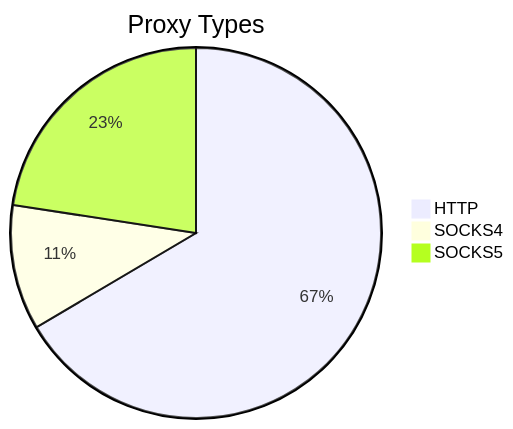
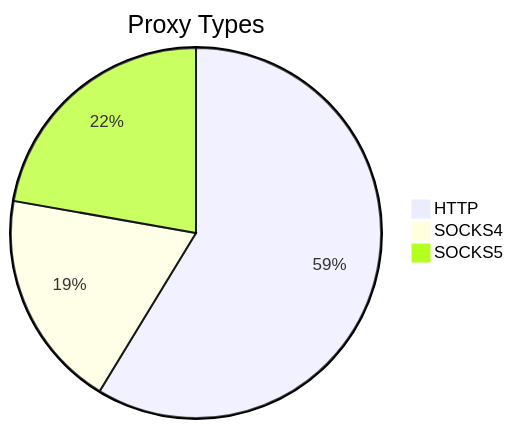
One commit to stormsia/proxy-list changed the first of 2 diagrams in README.md. Above: the diagram before and after it, drawn with Mermaid. The commit also changed other lines of this file, not shown here.

````diff
--- a/README.md
+++ b/README.md
@@ -21,6 +21,6 @@
 ```mermaid
 pie title Proxy Types
-    "HTTP" : 268
-    "SOCKS4" : 44
-    "SOCKS5" : 91
+    "HTTP" : 354
+    "SOCKS4" : 115
+    "SOCKS5" : 134
 ```
````
